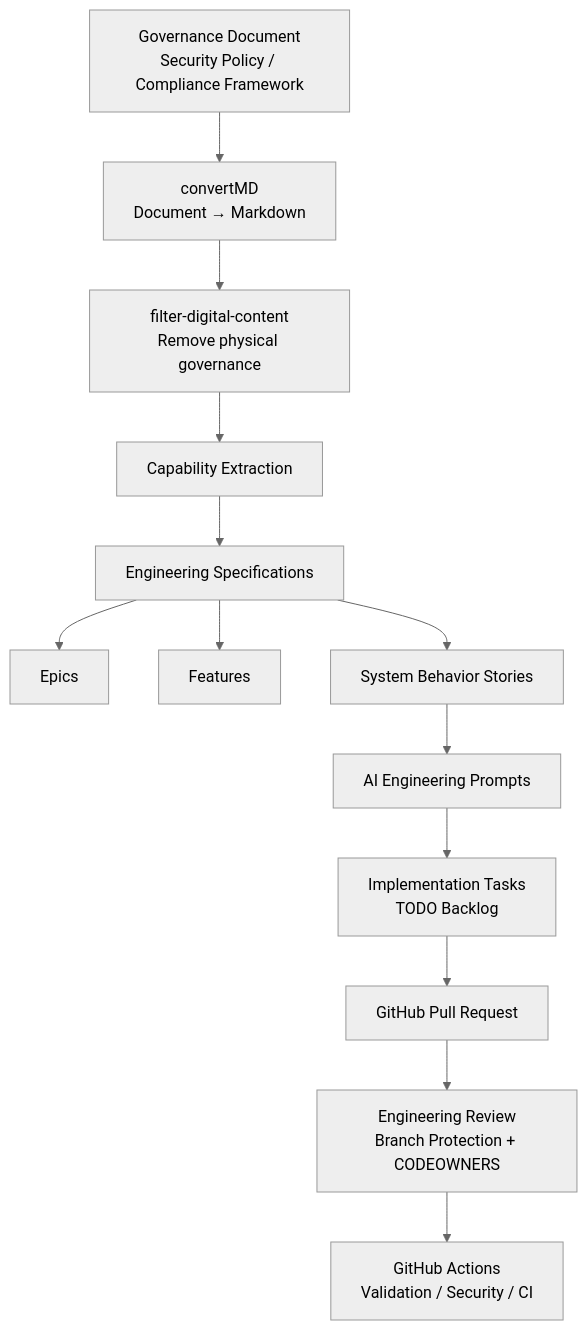
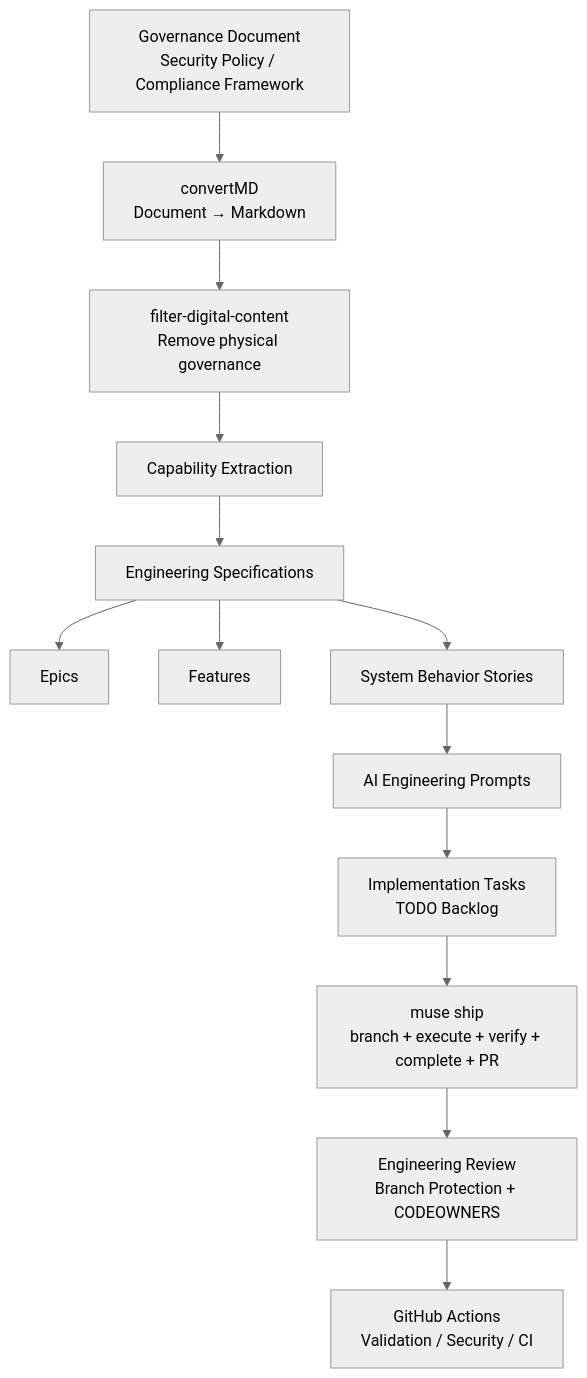
One commit to BIASEDFRAMEWORK/Muse changed the first of 2 diagrams in docs/architecture/muse-architecture.md. Above: the diagram before and after it, drawn with Mermaid (neutral theme). The commit also changed other lines of this file and 61 other files, not shown here.

````diff
--- a/docs/architecture/muse-architecture.md
+++ b/docs/architecture/muse-architecture.md
@@ -11,25 +11,25 @@
 ```mermaid
 flowchart TD
 
 A[Governance Document<br>Security Policy / Compliance Framework] --> B[convertMD<br>Document → Markdown]
 
 B --> C[filter-digital-content<br>Remove physical governance]
 
 C --> D[Capability Extraction]
 
 D --> E[Engineering Specifications]
 
 E --> F[Epics]
 E --> G[Features]
 E --> H[System Behavior Stories]
 
 H --> I[AI Engineering Prompts]
 
 I --> J[Implementation Tasks<br>TODO Backlog]
 
-J --> K[GitHub Pull Request]
+J --> K[muse ship<br>branch + execute + verify + complete + PR]
 
 K --> L[Engineering Review<br>Branch Protection + CODEOWNERS]
 
 L --> M[GitHub Actions<br>Validation / Security / CI]
 ```
````
